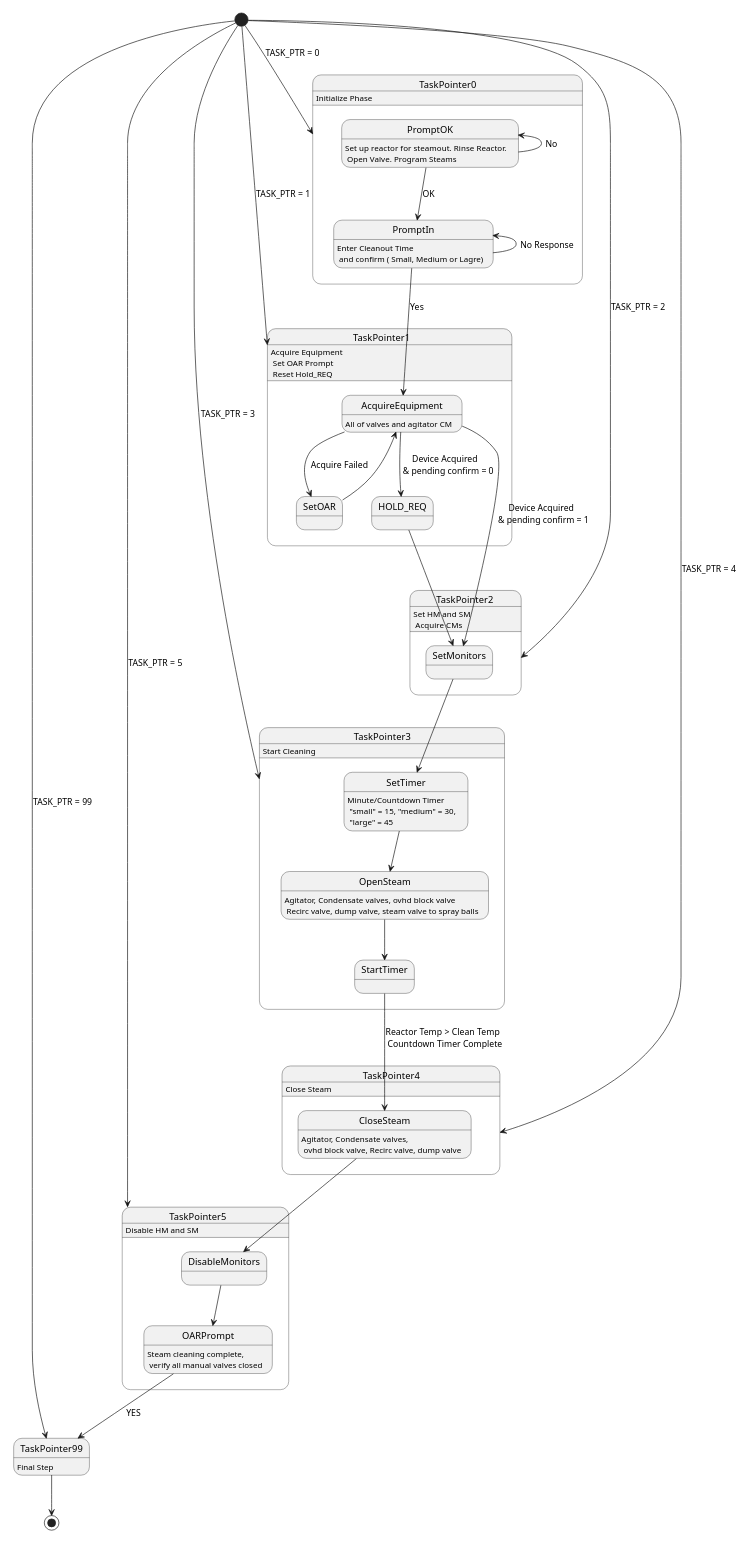
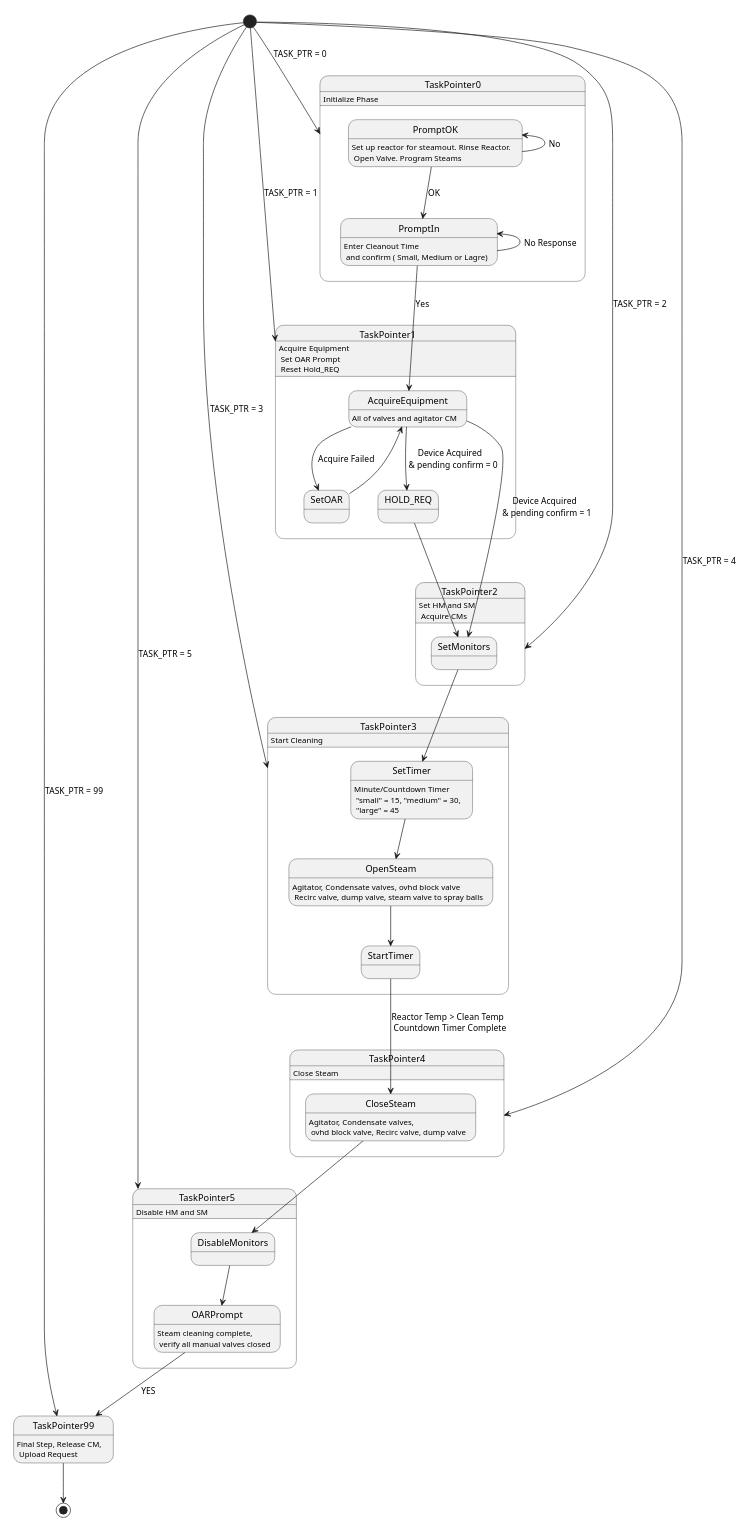
The diagram in TESTSPEC_VPENG/PH_AL_CLN_STM.puml (mekcrab/Solvay_test), drawn with PlantUML before and after one commit.

Commit message:
Added a countdown timer for steam cleaning

```diff
--- a/TESTSPEC_VPENG/PH_AL_CLN_STM.puml
+++ b/TESTSPEC_VPENG/PH_AL_CLN_STM.puml
@@ -1,90 +1,90 @@
 @startuml
 scale 550 width
 
 [*] --> TaskPointer0: TASK_PTR = 0
 [*] --> TaskPointer1: TASK_PTR = 1
 [*] --> TaskPointer2: TASK_PTR = 2
 [*] --> TaskPointer3: TASK_PTR = 3
 [*] --> TaskPointer4: TASK_PTR = 4
 [*] --> TaskPointer5: TASK_PTR = 5
 [*] --> TaskPointer99: TASK_PTR = 99
 
 
 TaskPointer0: Initialize Phase
 state TaskPointer0{
 
 PromptOK: Set up reactor for steamout. Rinse Reactor. \n Open Valve. Program Steams
 PromptOK -up-> PromptOK: No
 
 PromptOK --> PromptIn: OK
 PromptIn: Enter Cleanout Time \n and confirm ( Small, Medium or Lagre)
 PromptIn -up-> PromptIn: No Response
 
 
 }
 
 
 TaskPointer1:  Acquire Equipment \n Set OAR Prompt \n Reset Hold_REQ
 
 state TaskPointer1 {
 
 PromptIn --> AcquireEquipment: Yes
 AcquireEquipment --> SetOAR: Acquire Failed
 AcquireEquipment: All of valves and agitator CM
 SetOAR --> AcquireEquipment
 AcquireEquipment --> HOLD_REQ: Device Acquired  \n & pending confirm = 0
 
 
 }
 
 
 
 TaskPointer2: Set HM and SM \n Acquire CMs
 
 state TaskPointer2 {
 
 AcquireEquipment --> SetMonitors: Device Acquired \n & pending confirm = 1
 HOLD_REQ --> SetMonitors
 
 }
 
 
 TaskPointer3: Start Cleaning
 
 state TaskPointer3 {
 
 SetMonitors --> SetTimer
 SetTimer: Minute/Countdown Timer \n "small" = 15, "medium" = 30, \n "large" = 45
 
 SetTimer --> OpenSteam
 OpenSteam: Agitator, Condensate valves, ovhd block valve \n Recirc valve, dump valve, steam valve to spray balls
 
 OpenSteam --> StartTimer
 
 }
 
 
 TaskPointer4: Close Steam
 state TaskPointer4{
 StartTimer --> CloseSteam: Reactor Temp > Clean Temp \n Countdown Timer Complete
 CloseSteam: Agitator, Condensate valves, \n ovhd block valve, Recirc valve, dump valve
 
 }
 
 
 TaskPointer5: Disable HM and SM
 
 state TaskPointer5 {
 CloseSteam --> DisableMonitors
 
 DisableMonitors --> OARPrompt
 
 OARPrompt --> TaskPointer99: YES
 OARPrompt: Steam cleaning complete, \n verify all manual valves closed
 
 }
 
-TaskPointer99: Final Step
+TaskPointer99: Final Step, Release CM, \n Upload Request
 
 TaskPointer99 --> [*]
 @enduml
```
